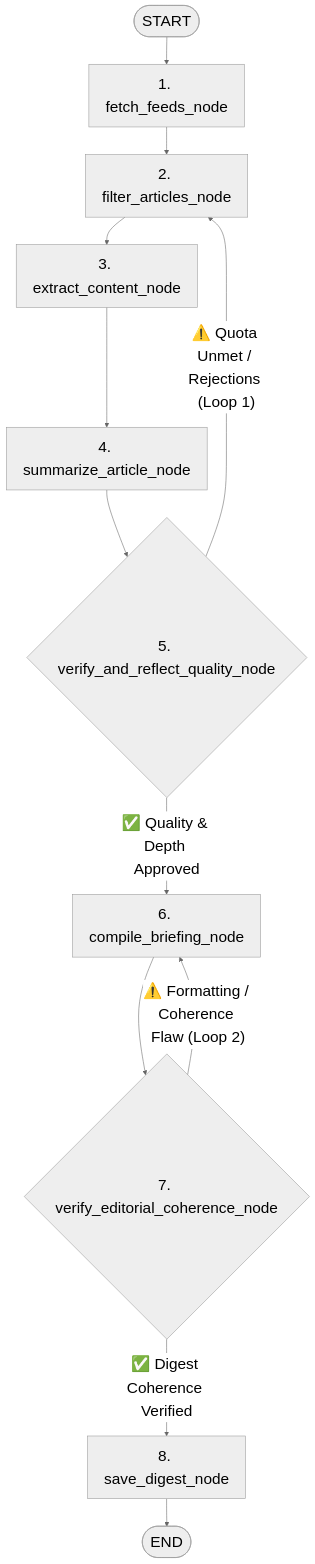
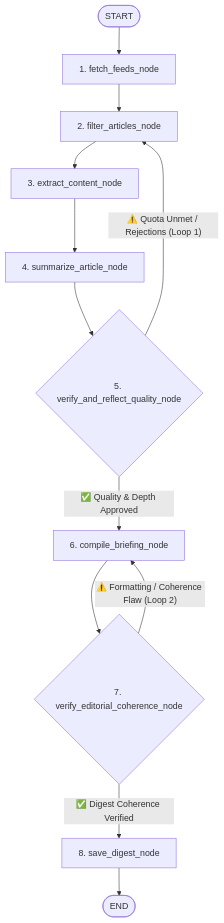
One commit to GoogleCloudPlatform/devrel-demos changed the second of 2 diagrams in ai-ml/tech-briefing-agent/blog_code_step_by_step.md. Above: the diagram before and after it, drawn with Mermaid. The commit also changed 2 other files, not shown here.

Commit message:
fix(docs): format Mermaid diagrams for GitHub renderer compatibility

````diff
--- a/ai-ml/tech-briefing-agent/blog_code_step_by_step.md
+++ b/ai-ml/tech-briefing-agent/blog_code_step_by_step.md
@@ -151,19 +151,18 @@
 ```mermaid
-%%{init: {'theme': 'neutral', 'themeVariables': { 'fontSize': '28px', 'fontFamily': 'sans-serif' }}}%%
 flowchart TD
     Start([START]) --> Fetch[1. fetch_feeds_node]
     Fetch --> Filter[2. filter_articles_node]
     Filter --> Extract[3. extract_content_node]
     Extract --> Summarize[4. summarize_article_node]
     Summarize --> QualityJudge{5. verify_and_reflect_quality_node}
     
     %% Loop 1: Article Quality & Grounding
     QualityJudge -- "⚠️ Quota Unmet / Rejections (Loop 1)" --> Filter
     QualityJudge -- "✅ Quality & Depth Approved" --> Compile[6. compile_briefing_node]
     
     %% Loop 2: Whole-Document Editorial Coherence
     Compile --> EditorialJudge{7. verify_editorial_coherence_node}
     EditorialJudge -- "⚠️ Formatting / Coherence Flaw (Loop 2)" --> Compile
     EditorialJudge -- "✅ Digest Coherence Verified" --> Save[8. save_digest_node]
     Save --> End([END])
 ```
````
